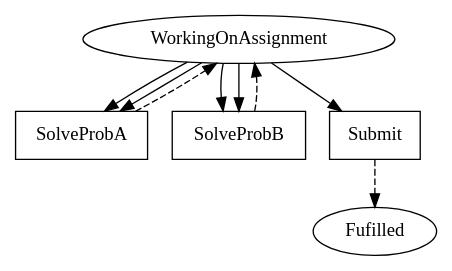
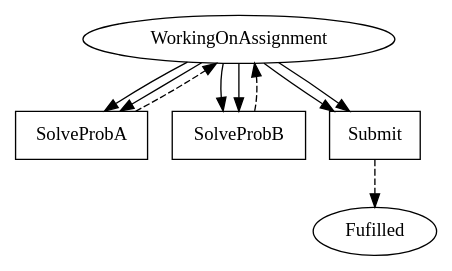
One commit to Marcao02/complaw-deeptech changed the diagram in linear_state_machine_language/pyL4/examples/out_graphviz/toy_and_teaching/partner_assignment_relievable_obligations.dot. Above: the diagram before and after it, drawn with Graphviz. The commit also changed 12 other files, not shown here.

```diff
--- a/linear_state_machine_language/pyL4/examples/out_graphviz/toy_and_teaching/partner_assignment_relievable_obligations.dot
+++ b/linear_state_machine_language/pyL4/examples/out_graphviz/toy_and_teaching/partner_assignment_relievable_obligations.dot
@@ -1,26 +1,27 @@
 // THIS IS A GENERATED FILE. DO NOT EDIT.
 
 digraph partner_assignment_demonstrating_relievable_obligations {    
     Fulfilled[label=Fufilled];
     WorkingOnAssignment[label=WorkingOnAssignment]
     
      
     SolveProbA[label=SolveProbA,shape=box];
 	SolveProbB[label=SolveProbB,shape=box];
 	Submit[label=Submit,shape=box]    
     
     
     
     WorkingOnAssignment -> SolveProbA;
 	WorkingOnAssignment -> SolveProbB;
+	WorkingOnAssignment -> SolveProbB;
+	WorkingOnAssignment -> SolveProbA;
 	WorkingOnAssignment -> Submit;
-	WorkingOnAssignment -> SolveProbB;
-	WorkingOnAssignment -> SolveProbA
+	WorkingOnAssignment -> Submit
     
     SolveProbA -> WorkingOnAssignment [style=dashed];
 	SolveProbB -> WorkingOnAssignment [style=dashed];
 	Submit -> Fulfilled [style=dashed];
 	     
     
        
 }
```
